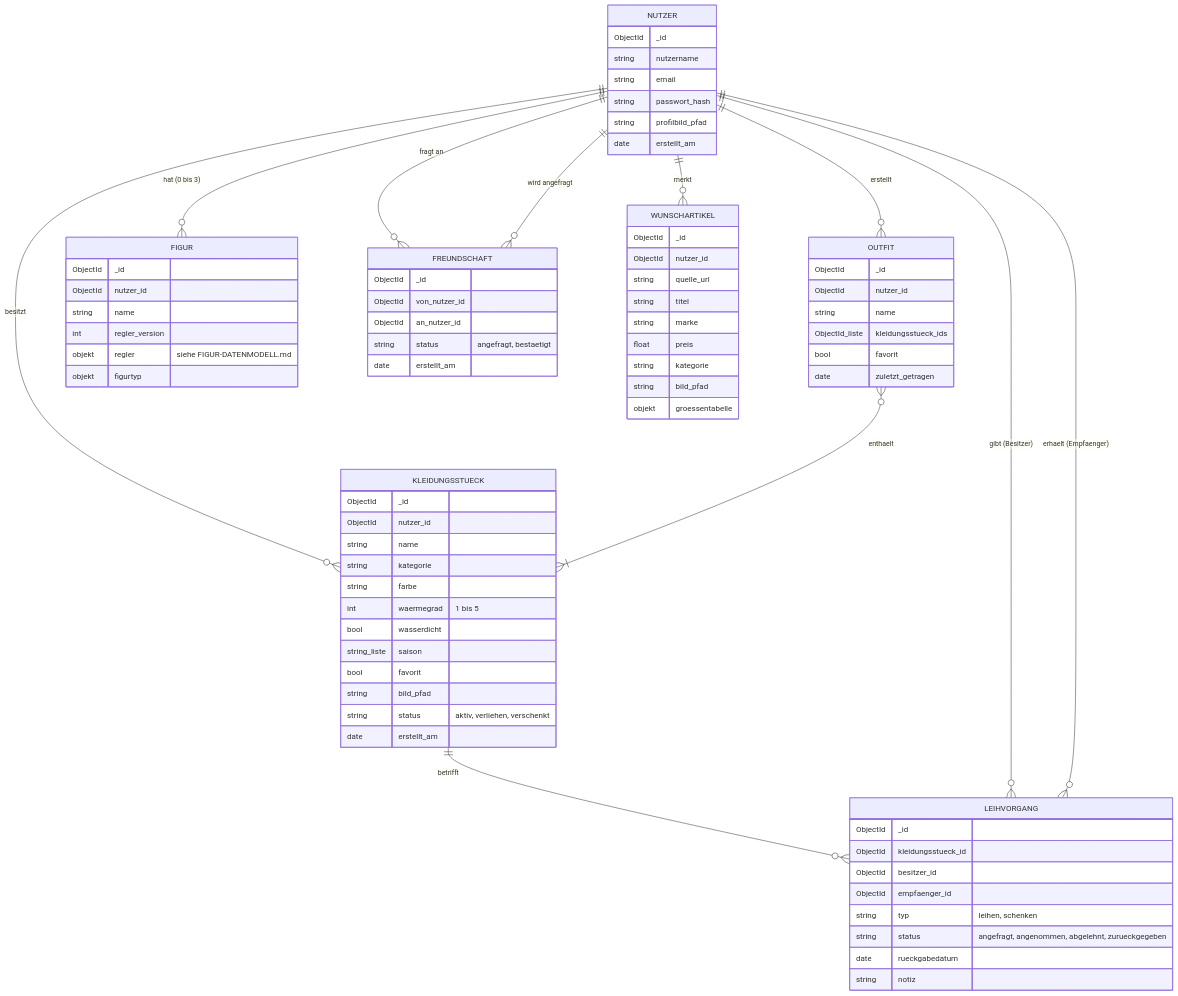
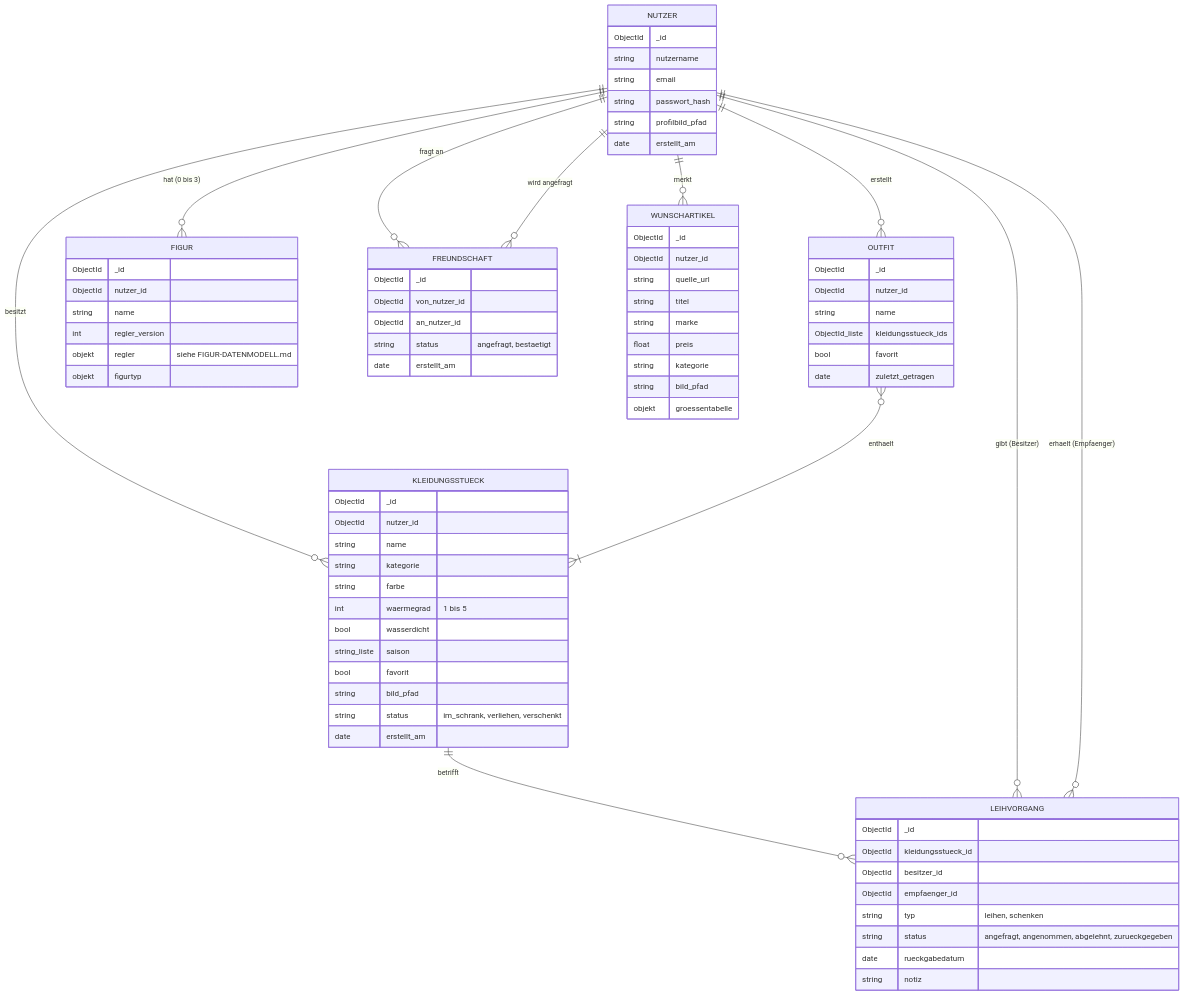
The diagram in docs/datenmodell/README.md (Kathamesser/digitaler-Kleiderschrank), drawn with Mermaid before and after one commit. The commit also changed other lines of this file and 4 other files, not shown here.

Commit message:
Kleidungsstück: Status aktiv -> im_schrank laut ERM (Manuel)

````diff
--- a/docs/datenmodell/README.md
+++ b/docs/datenmodell/README.md
@@ -14,80 +14,80 @@
 ```mermaid
 erDiagram
     NUTZER ||--o{ KLEIDUNGSSTUECK : besitzt
     NUTZER ||--o{ OUTFIT : erstellt
     OUTFIT }o--|{ KLEIDUNGSSTUECK : enthaelt
     NUTZER ||--o{ FIGUR : "hat (0 bis 3)"
     NUTZER ||--o{ FREUNDSCHAFT : "fragt an"
     NUTZER ||--o{ FREUNDSCHAFT : "wird angefragt"
     KLEIDUNGSSTUECK ||--o{ LEIHVORGANG : betrifft
     NUTZER ||--o{ LEIHVORGANG : "gibt (Besitzer)"
     NUTZER ||--o{ LEIHVORGANG : "erhaelt (Empfaenger)"
     NUTZER ||--o{ WUNSCHARTIKEL : merkt
 
     NUTZER {
         ObjectId _id
         string nutzername
         string email
         string passwort_hash
         string profilbild_pfad
         date erstellt_am
     }
     KLEIDUNGSSTUECK {
         ObjectId _id
         ObjectId nutzer_id
         string name
         string kategorie
         string farbe
         int waermegrad "1 bis 5"
         bool wasserdicht
         string_liste saison
         bool favorit
         string bild_pfad
-        string status "aktiv, verliehen, verschenkt"
+        string status "im_schrank, verliehen, verschenkt"
         date erstellt_am
     }
     OUTFIT {
         ObjectId _id
         ObjectId nutzer_id
         string name
         ObjectId_liste kleidungsstueck_ids
         bool favorit
         date zuletzt_getragen
     }
     FIGUR {
         ObjectId _id
         ObjectId nutzer_id
         string name
         int regler_version
         objekt regler "siehe FIGUR-DATENMODELL.md"
         objekt figurtyp
     }
     FREUNDSCHAFT {
         ObjectId _id
         ObjectId von_nutzer_id
         ObjectId an_nutzer_id
         string status "angefragt, bestaetigt"
         date erstellt_am
     }
     LEIHVORGANG {
         ObjectId _id
         ObjectId kleidungsstueck_id
         ObjectId besitzer_id
         ObjectId empfaenger_id
         string typ "leihen, schenken"
         string status "angefragt, angenommen, abgelehnt, zurueckgegeben"
         date rueckgabedatum
         string notiz
     }
     WUNSCHARTIKEL {
         ObjectId _id
         ObjectId nutzer_id
         string quelle_url
         string titel
         string marke
         float preis
         string kategorie
         string bild_pfad
         objekt groessentabelle
     }
 ```
````
